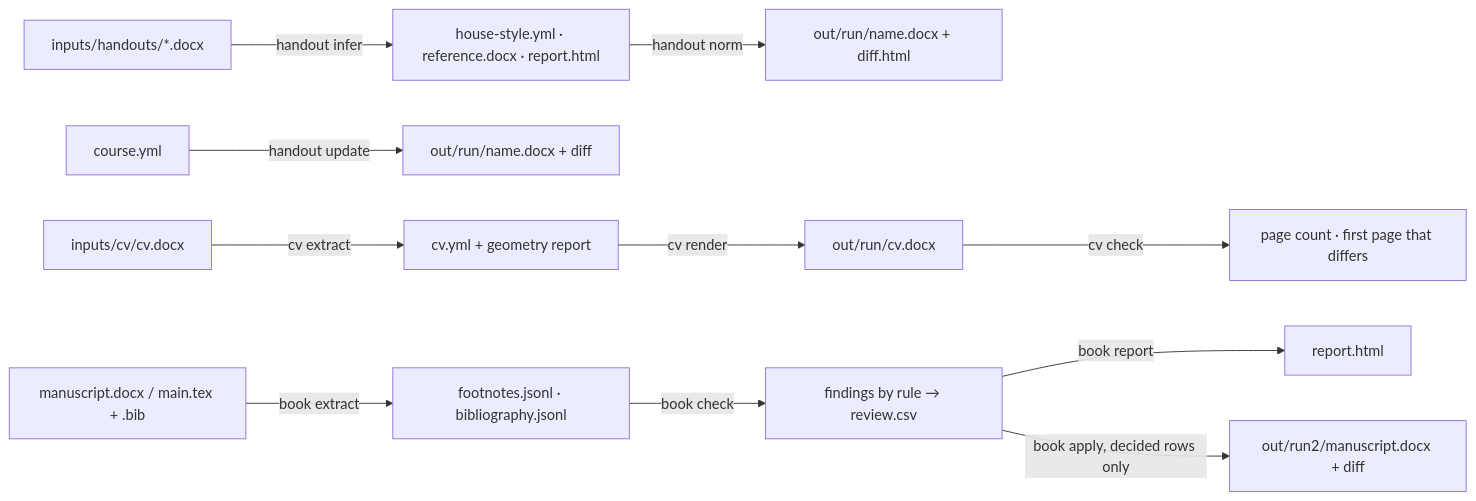
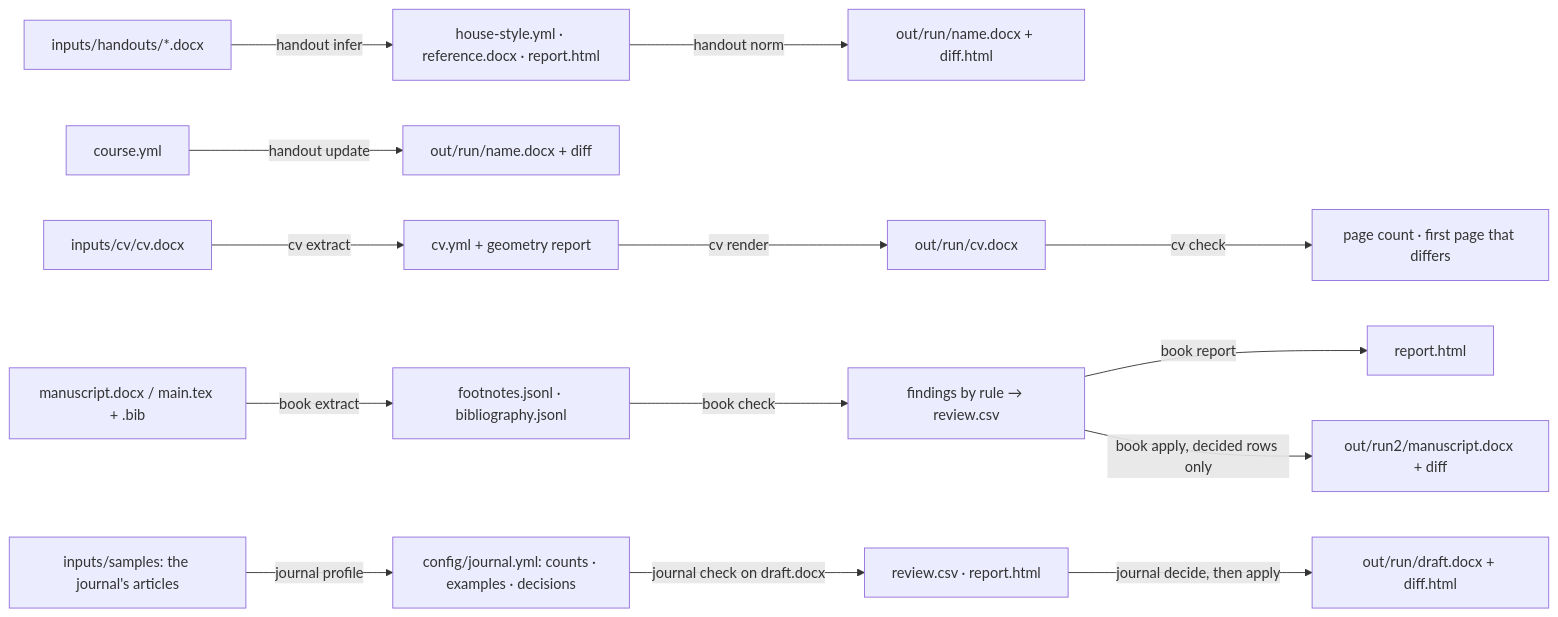
The diagram in 01-use-cases/style/README.md (ll-26-27/mueser-prototypes), drawn with Mermaid before and after one commit. The commit also changed other lines of this file and 68 other files, not shown here.

First line of the commit message:
Style: CV and journal house style built and run on synthetic files; session notes of 19 November on the home page

````diff
--- a/01-use-cases/style/README.md
+++ b/01-use-cases/style/README.md
@@ -28,13 +30,16 @@
 ```mermaid
 flowchart LR
     H[inputs/handouts/*.docx] -->|handout infer| HS[house-style.yml · reference.docx · report.html]
     HS -->|handout norm| HN[out/run/name.docx + diff.html]
     C[course.yml] -->|handout update| HU[out/run/name.docx + diff]
     CV[inputs/cv/cv.docx] -->|cv extract| CY[cv.yml + geometry report]
     CY -->|cv render| CR[out/run/cv.docx]
     CR -->|cv check| CK[page count · first page that differs]
     B[manuscript.docx / main.tex + .bib] -->|book extract| W[footnotes.jsonl · bibliography.jsonl]
     W -->|book check| F[findings by rule → review.csv]
     F -->|book report| R[report.html]
     F -->|book apply, decided rows only| A[out/run2/manuscript.docx + diff]
+    JS[inputs/samples: the journal's articles] -->|journal profile| JP[config/journal.yml: counts · examples · decisions]
+    JP -->|journal check on draft.docx| JR[review.csv · report.html]
+    JR -->|journal decide, then apply| JA[out/run/draft.docx + diff.html]
 ```
````
